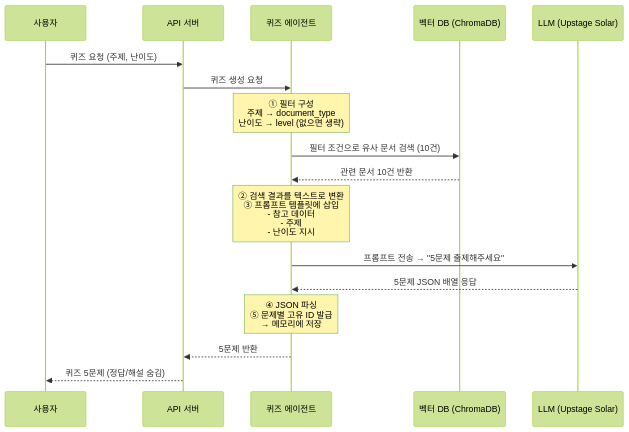
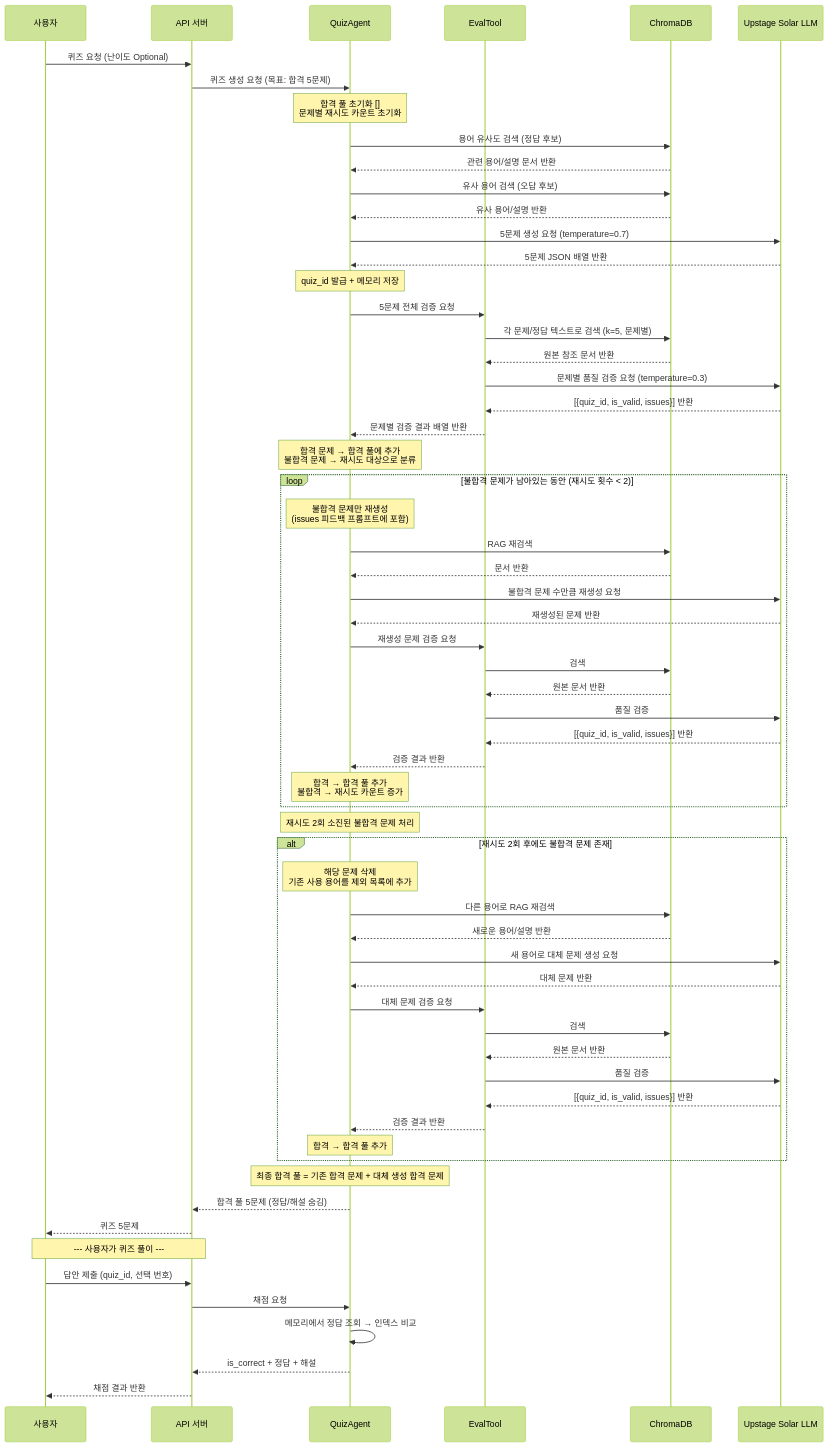
Before and after one commit to atozwizard/trade-onboarding-agent: the diagram in docs/Quiz, Eval agent 기획서.md, drawn with Mermaid (forest theme). The commit also changed other lines of this file and 10 other files, not shown here.

````diff
--- a/docs/Quiz, Eval agent 기획서.md
+++ b/docs/Quiz, Eval agent 기획서.md
@@ -61,23 +177,74 @@
 ```mermaid
 sequenceDiagram
     participant 사용자
     participant API서버 as API 서버
-    participant 퀴즈에이전트 as 퀴즈 에이전트
-    participant 벡터DB as 벡터 DB (ChromaDB)
-    participant LLM as LLM (Upstage Solar)
+    participant 퀴즈에이전트 as QuizAgent
+    participant 평가툴 as EvalTool
+    participant 벡터DB as ChromaDB
+    participant LLM as Upstage Solar LLM
 
-    사용자->>API서버: 퀴즈 요청 (주제, 난이도)
-    API서버->>퀴즈에이전트: 퀴즈 생성 요청
+    사용자->>API서버: 퀴즈 요청 (난이도 Optional)
+    API서버->>퀴즈에이전트: 퀴즈 생성 요청 (목표: 합격 5문제)
 
-    Note over 퀴즈에이전트: ① 필터 구성<br/>주제 → document_type<br/>난이도 → level (없으면 생략)
-    퀴즈에이전트->>벡터DB: 필터 조건으로 유사 문서 검색 (10건)
-    벡터DB-->>퀴즈에이전트: 관련 문서 10건 반환
+    Note over 퀴즈에이전트: 합격 풀 초기화 []<br/>문제별 재시도 카운트 초기화
 
-    Note over 퀴즈에이전트: ② 검색 결과를 텍스트로 변환<br/>③ 프롬프트 템플릿에 삽입<br/>- 참고 데이터<br/>- 주제<br/>- 난이도 지시
-    퀴즈에이전트->>LLM: 프롬프트 전송 → "5문제 출제해주세요"
-    LLM-->>퀴즈에이전트: 5문제 JSON 배열 응답
+    퀴즈에이전트->>벡터DB: 용어 유사도 검색 (정답 후보)
+    벡터DB-->>퀴즈에이전트: 관련 용어/설명 문서 반환
+    퀴즈에이전트->>벡터DB: 유사 용어 검색 (오답 후보)
+    벡터DB-->>퀴즈에이전트: 유사 용어/설명 반환
+    퀴즈에이전트->>LLM: 5문제 생성 요청 (temperature=0.7)
+    LLM-->>퀴즈에이전트: 5문제 JSON 배열 반환
+    Note over 퀴즈에이전트: quiz_id 발급 + 메모리 저장
 
-    Note over 퀴즈에이전트: ④ JSON 파싱<br/>⑤ 문제별 고유 ID 발급<br/>→ 메모리에 저장
-    퀴즈에이전트-->>API서버: 5문제 반환
-    API서버-->>사용자: 퀴즈 5문제 (정답/해설 숨김)
+    퀴즈에이전트->>평가툴: 5문제 전체 검증 요청
+    평가툴->>벡터DB: 각 문제/정답 텍스트로 검색 (k=5, 문제별)
+    벡터DB-->>평가툴: 원본 참조 문서 반환
+    평가툴->>LLM: 문제별 품질 검증 요청 (temperature=0.3)
+    LLM-->>평가툴: [{quiz_id, is_valid, issues}] 반환
+    평가툴-->>퀴즈에이전트: 문제별 검증 결과 배열 반환
+
+    Note over 퀴즈에이전트: 합격 문제 → 합격 풀에 추가<br/>불합격 문제 → 재시도 대상으로 분류
+
+    loop 불합격 문제가 남아있는 동안 (재시도 횟수 < 2)
+        Note over 퀴즈에이전트: 불합격 문제만 재생성<br/>(issues 피드백 프롬프트에 포함)
+        퀴즈에이전트->>벡터DB: RAG 재검색
+        벡터DB-->>퀴즈에이전트: 문서 반환
+        퀴즈에이전트->>LLM: 불합격 문제 수만큼 재생성 요청
+        LLM-->>퀴즈에이전트: 재생성된 문제 반환
+        퀴즈에이전트->>평가툴: 재생성 문제 검증 요청
+        평가툴->>벡터DB: 검색
+        벡터DB-->>평가툴: 원본 문서 반환
+        평가툴->>LLM: 품질 검증
+        LLM-->>평가툴: [{quiz_id, is_valid, issues}] 반환
+        평가툴-->>퀴즈에이전트: 검증 결과 반환
+        Note over 퀴즈에이전트: 합격 → 합격 풀 추가<br/>불합격 → 재시도 카운트 증가
+    end
+
+    Note over 퀴즈에이전트: 재시도 2회 소진된 불합격 문제 처리
+    alt 재시도 2회 후에도 불합격 문제 존재
+        Note over 퀴즈에이전트: 해당 문제 삭제<br/>기존 사용 용어를 제외 목록에 추가
+        퀴즈에이전트->>벡터DB: 다른 용어로 RAG 재검색
+        벡터DB-->>퀴즈에이전트: 새로운 용어/설명 반환
+        퀴즈에이전트->>LLM: 새 용어로 대체 문제 생성 요청
+        LLM-->>퀴즈에이전트: 대체 문제 반환
+        퀴즈에이전트->>평가툴: 대체 문제 검증 요청
+        평가툴->>벡터DB: 검색
+        벡터DB-->>평가툴: 원본 문서 반환
+        평가툴->>LLM: 품질 검증
+        LLM-->>평가툴: [{quiz_id, is_valid, issues}] 반환
+        평가툴-->>퀴즈에이전트: 검증 결과 반환
+        Note over 퀴즈에이전트: 합격 → 합격 풀 추가
+    end
+
+    Note over 퀴즈에이전트: 최종 합격 풀 = 기존 합격 문제 + 대체 생성 합격 문제
+    퀴즈에이전트-->>API서버: 합격 풀 5문제 (정답/해설 숨김)
+    API서버-->>사용자: 퀴즈 5문제
+
+    Note over 사용자,API서버: --- 사용자가 퀴즈 풀이 ---
+
+    사용자->>API서버: 답안 제출 (quiz_id, 선택 번호)
+    API서버->>퀴즈에이전트: 채점 요청
+    퀴즈에이전트->>퀴즈에이전트: 메모리에서 정답 조회 → 인덱스 비교
+    퀴즈에이전트-->>API서버: is_correct + 정답 + 해설
+    API서버-->>사용자: 채점 결과 반환
 ```
````
